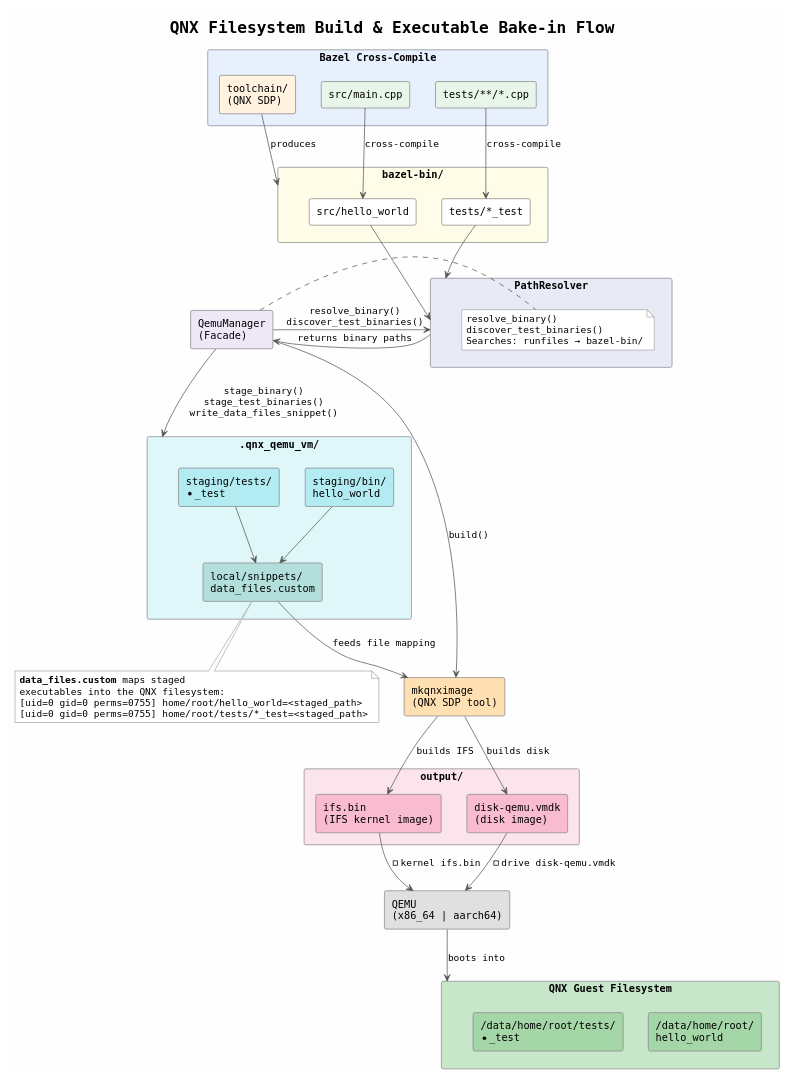
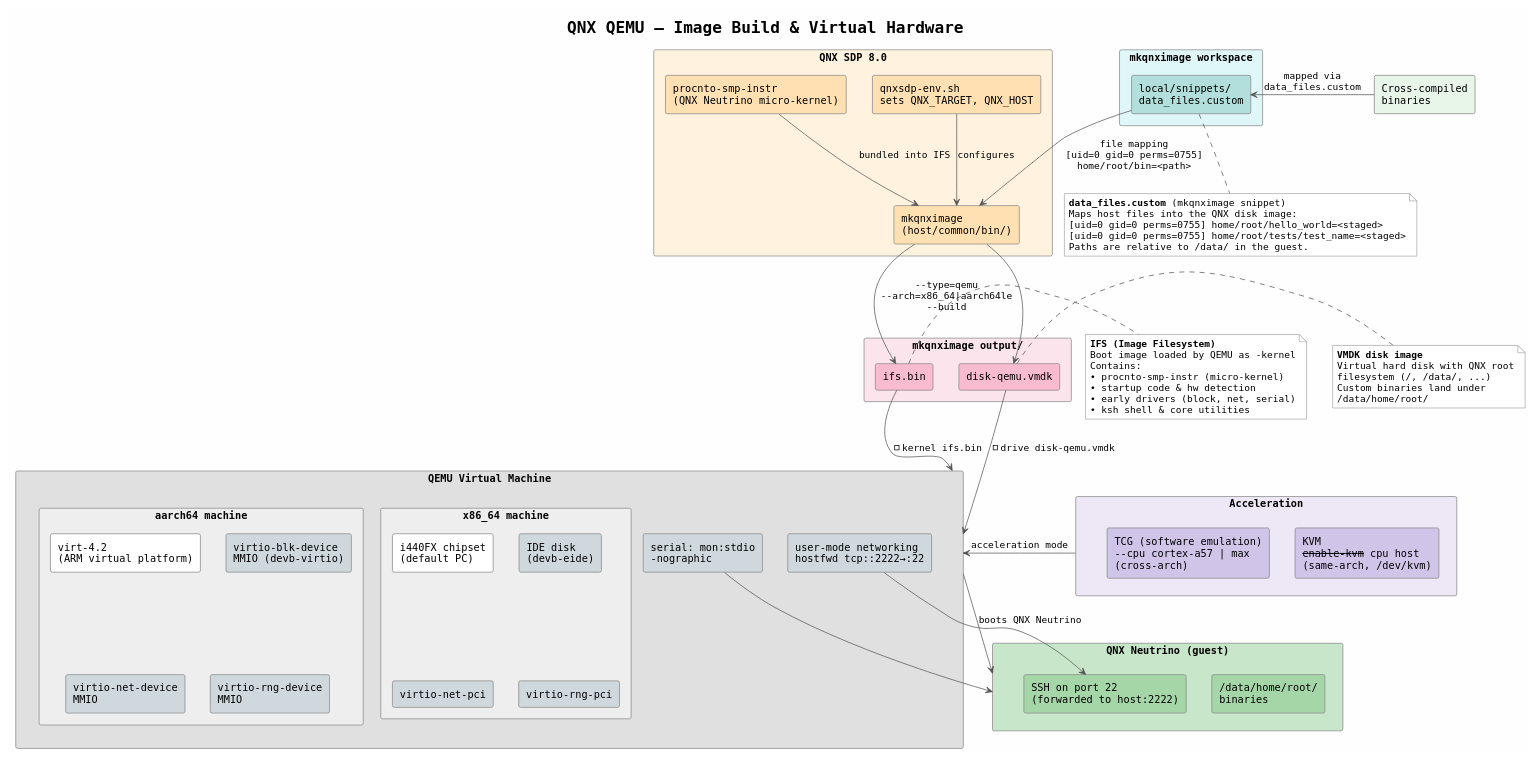
Before and after one commit to MasakatsuFunaki/qnx_hello_world: the diagram in doc/qemu/qnx_filesystem_build.puml, drawn with PlantUML. The commit also changed other lines of this file and 4 other files, not shown here.

```diff
--- a/doc/qemu/qnx_filesystem_build.puml
+++ b/doc/qemu/qnx_filesystem_build.puml
@@ -1,94 +1,108 @@
 @startuml qnx_filesystem_build
 !theme plain
 skinparam backgroundColor #FEFEFE
 skinparam defaultFontName Monospaced
 skinparam arrowColor #555555
 skinparam rectangleBorderColor #888888
 skinparam noteBorderColor #AAAAAA
 
-title **QNX Filesystem Build & Executable Bake-in Flow**
+title **QNX QEMU — Image Build & Virtual Hardware**
 
-' ── Sources ──────────────────────────────────────────────
-rectangle "Bazel Cross-Compile" as bazel #E8F0FE {
-    rectangle "src/main.cpp" as src #E8F5E9
-    rectangle "tests/**/*.cpp" as tests #E8F5E9
-    rectangle "toolchain/\n(QNX SDP)" as tc #FFF3E0
+' ── QNX SDP ──────────────────────────────────────────────
+rectangle "QNX SDP 8.0" as sdp #FFF3E0 {
+    rectangle "qnxsdp-env.sh\nsets QNX_TARGET, QNX_HOST" as env #FFE0B2
+    rectangle "mkqnximage\n(host/common/bin/)" as mkqnx #FFE0B2
+    rectangle "procnto-smp-instr\n(QNX Neutrino micro-kernel)" as kernel #FFE0B2
 }
 
-' ── Bazel output ─────────────────────────────────────────
-rectangle "bazel-bin/" as bazelbin #FFFDE7 {
-    rectangle "src/hello_world" as hw_bin
-    rectangle "tests/*_test" as test_bins
-}
+' ── Inputs to mkqnximage ─────────────────────────────────
+rectangle "Cross-compiled\nbinaries" as bins #E8F5E9
 
-' ── QemuManager facade ───────────────────────────────────
-rectangle "QemuManager\n(Facade)" as manager #EDE7F6
-
-' ── Path Resolution ──────────────────────────────────────
-rectangle "PathResolver" as resolver #E8EAF6 {
-    note right
-      resolve_binary()
-      discover_test_binaries()
-      Searches: runfiles → bazel-bin/
-    end note
-}
-
-' ── VM Workspace staging ─────────────────────────────────
-rectangle ".qnx_qemu_vm/" as vmdir #E0F7FA {
-    rectangle "staging/bin/\nhello_world" as staged_bin #B2EBF2
-    rectangle "staging/tests/\n*_test" as staged_tests #B2EBF2
+rectangle "mkqnximage workspace" as ws #E0F7FA {
     rectangle "local/snippets/\ndata_files.custom" as snippet #B2DFDB
 }
 
-' ── mkqnximage ───────────────────────────────────────────
-rectangle "mkqnximage\n(QNX SDP tool)" as mkqnx #FFE0B2
-
-' ── Output images ────────────────────────────────────────
-rectangle "output/" as output #FCE4EC {
-    rectangle "ifs.bin\n(IFS kernel image)" as ifs #F8BBD0
-    rectangle "disk-qemu.vmdk\n(disk image)" as disk #F8BBD0
+' ── mkqnximage output ────────────────────────────────────
+rectangle "mkqnximage output/" as output #FCE4EC {
+    rectangle "ifs.bin" as ifs #F8BBD0
+    rectangle "disk-qemu.vmdk" as disk #F8BBD0
 }
 
-' ── QNX guest filesystem ─────────────────────────────────
-rectangle "QNX Guest Filesystem" as guest #C8E6C9 {
-    rectangle "/data/home/root/\nhello_world" as guest_bin #A5D6A7
-    rectangle "/data/home/root/tests/\n*_test" as guest_tests #A5D6A7
+note right of ifs
+  **IFS (Image Filesystem)**
+  Boot image loaded by QEMU as -kernel
+  Contains:
+  • procnto-smp-instr (micro-kernel)
+  • startup code & hw detection
+  • early drivers (block, net, serial)
+  • ksh shell & core utilities
+end note
+
+note right of disk
+  **VMDK disk image**
+  Virtual hard disk with QNX root
+  filesystem (/, /data/, ...)
+  Custom binaries land under
+  /data/home/root/
+end note
+
+' ── QEMU virtual hardware ────────────────────────────────
+rectangle "QEMU Virtual Machine" as qemu #E0E0E0 {
+
+    rectangle "x86_64 machine" as x86 #EEEEEE {
+        rectangle "i440FX chipset\n(default PC)" as x86_mach
+        rectangle "IDE disk\n(devb-eide)" as x86_disk #CFD8DC
+        rectangle "virtio-net-pci" as x86_net #CFD8DC
+        rectangle "virtio-rng-pci" as x86_rng #CFD8DC
+    }
+
+    rectangle "aarch64 machine" as arm #EEEEEE {
+        rectangle "virt-4.2\n(ARM virtual platform)" as arm_mach
+        rectangle "virtio-blk-device\nMMIO (devb-virtio)" as arm_disk #CFD8DC
+        rectangle "virtio-net-device\nMMIO" as arm_net #CFD8DC
+        rectangle "virtio-rng-device\nMMIO" as arm_rng #CFD8DC
+    }
+
+    rectangle "serial: mon:stdio\n-nographic" as serial #CFD8DC
+    rectangle "user-mode networking\nhostfwd tcp::2222→:22" as usernet #CFD8DC
 }
 
-' ── QEMU ─────────────────────────────────────────────────
-rectangle "QEMU\n(x86_64 | aarch64)" as qemu #E0E0E0
+' ── Acceleration ─────────────────────────────────────────
+rectangle "Acceleration" as accel #EDE7F6 {
+    rectangle "KVM\n--enable-kvm --cpu host\n(same-arch, /dev/kvm)" as kvm #D1C4E9
+    rectangle "TCG (software emulation)\n--cpu cortex-a57 | max\n(cross-arch)" as tcg #D1C4E9
+}
+
+' ── QNX guest ────────────────────────────────────────────
+rectangle "QNX Neutrino (guest)" as guest #C8E6C9 {
+    rectangle "/data/home/root/\nbinaries" as guest_bin #A5D6A7
+    rectangle "SSH on port 22\n(forwarded to host:2222)" as guest_ssh #A5D6A7
+}
 
 ' ── Flow arrows ──────────────────────────────────────────
-src -down-> hw_bin : cross-compile
-tests -down-> test_bins : cross-compile
-tc -right-> bazelbin : produces
+env -down-> mkqnx : "configures"
+bins -right-> snippet : "mapped via\ndata_files.custom"
+snippet -down-> mkqnx : "file mapping\n[uid=0 gid=0 perms=0755]\nhome/root/bin=<path>"
+kernel -down-> mkqnx : "bundled into IFS"
 
-hw_bin -down-> resolver
-test_bins -down-> resolver
-
-manager -left-> resolver : "resolve_binary()\ndiscover_test_binaries()"
-manager -down-> vmdir : "stage_binary()\nstage_test_binaries()\nwrite_data_files_snippet()"
-
-resolver -down-> manager : "returns binary paths"
-
-staged_bin -down-> snippet
-staged_tests -down-> snippet
-
-snippet -down-> mkqnx : "feeds file mapping"
-manager -down-> mkqnx : "build()"
-mkqnx -down-> ifs : "builds IFS"
-mkqnx -down-> disk : "builds disk"
+mkqnx -down-> ifs : "--type=qemu\n--arch=x86_64|aarch64le\n--build"
+mkqnx -down-> disk
 
 ifs -down-> qemu : "-kernel ifs.bin"
 disk -down-> qemu : "-drive disk-qemu.vmdk"
 
-qemu -down-> guest : "boots into"
+accel -right-> qemu : "acceleration mode"
+usernet -down-> guest_ssh
+serial -down-> guest
+
+qemu -down-> guest : "boots QNX Neutrino"
 
 note bottom of snippet
-  **data_files.custom** maps staged
-  executables into the QNX filesystem:
-  [uid=0 gid=0 perms=0755] home/root/hello_world=<staged_path>
-  [uid=0 gid=0 perms=0755] home/root/tests/*_test=<staged_path>
+  **data_files.custom** (mkqnximage snippet)
+  Maps host files into the QNX disk image:
+  [uid=0 gid=0 perms=0755] home/root/hello_world=<staged>
+  [uid=0 gid=0 perms=0755] home/root/tests/test_name=<staged>
+  Paths are relative to /data/ in the guest.
 end note
 
 @enduml
```
